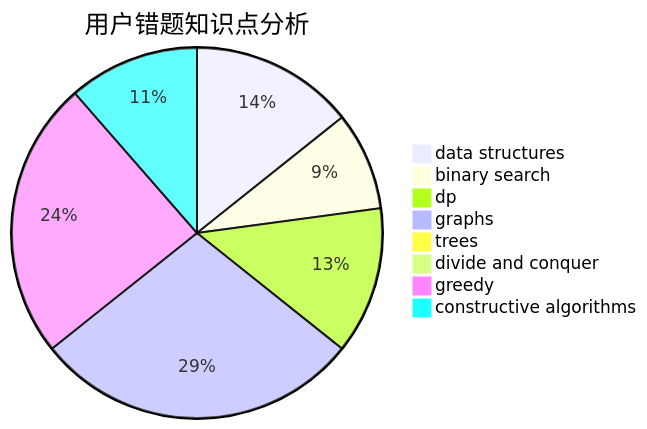
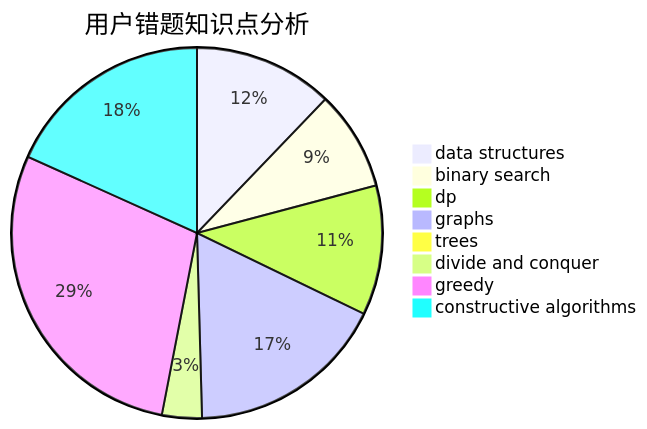
Before and after one commit to sherpahu/cfrs.github.io: the third of 3 diagrams in docs/user/u377.md, drawn with Mermaid. The commit also changed other lines of this file and 2770 other files, not shown here.

````diff
--- a/docs/user/u377.md
+++ b/docs/user/u377.md
@@ -36,11 +36,11 @@
 ```mermaid
 pie title 用户错题知识点分析
-    "data structures" :  10
-    "binary search" :  6
-    "dp" :  9
+    "data structures" :  14
+    "binary search" :  10
+    "dp" :  13
     "graphs" :  20
     "trees" :  0
-    "divide and conquer" :  0
-    "greedy" :  17
-    "constructive algorithms" :  8
+    "divide and conquer" :  4
+    "greedy" :  33
+    "constructive algorithms" :  21
 ```
````
